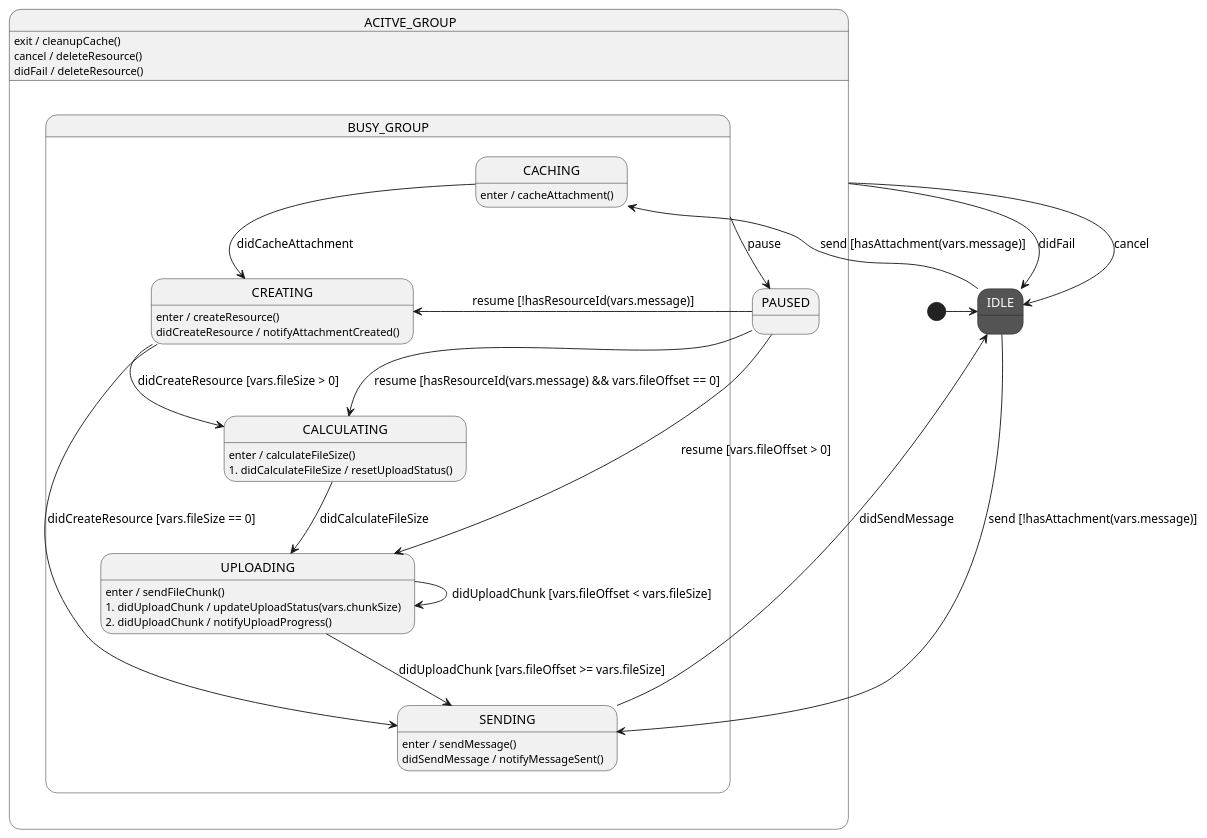
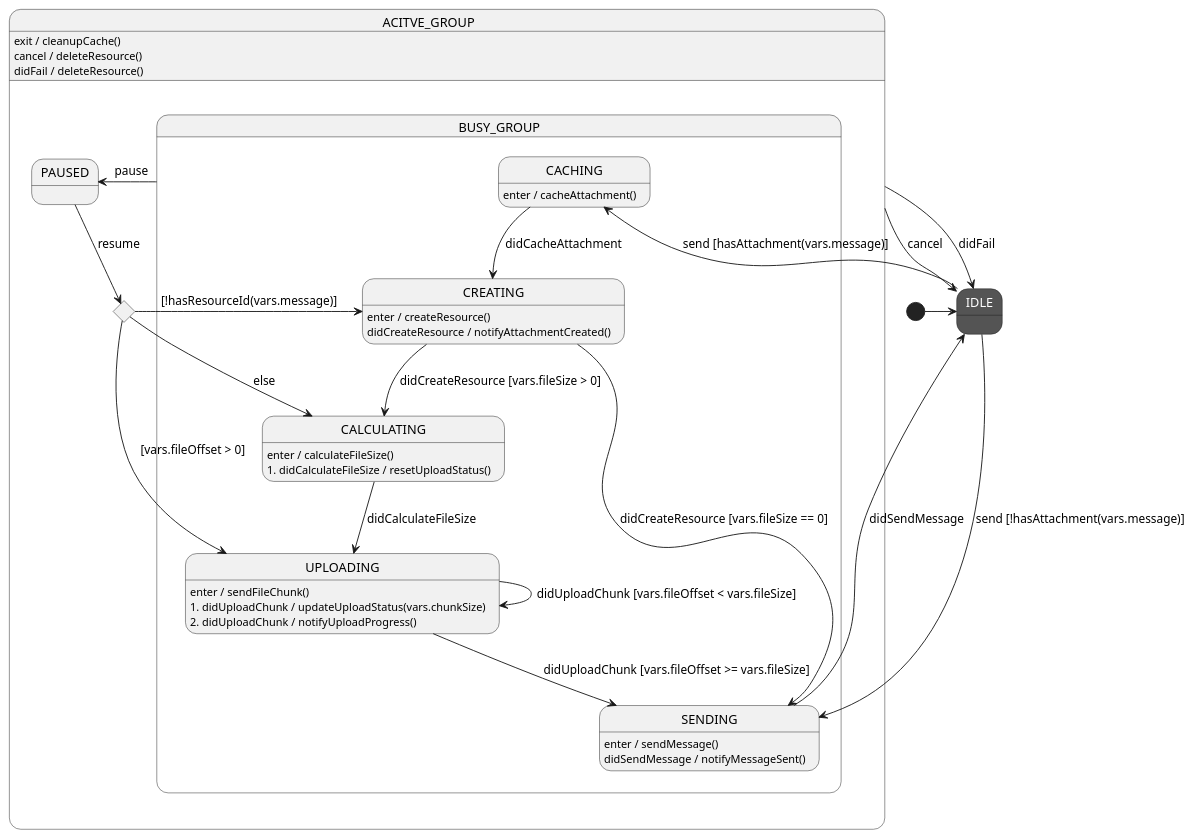
Before and after one commit to ALabrada/StateSmith: the diagram in src/test-misc/examples/FileUpload/FileUpload.plantuml, drawn with PlantUML. The commit also changed 2 other files, not shown here.

Commit message:
Create choice state.

```diff
--- a/src/test-misc/examples/FileUpload/FileUpload.plantuml
+++ b/src/test-misc/examples/FileUpload/FileUpload.plantuml
@@ -1,121 +1,123 @@
 @startuml FileUpload
 
 /'
   This diagram is just a sample to show what the syntax can look like.
   
   We don't yet generate fully working examples for every supported language.
   This starting template is language agnostic.
 '/
 
 ' ///////////////////////////// STYLES /////////////////////////////
 ' Define some colors for the states. Totally optional.
 skinparam state {
     ' red style:
     BackgroundColor<<red>> a20025
     FontColor<<red>> white
     ' dark style:
     BackgroundColor<<dark>> 545454
     FontColor<<dark>> white
 }
 
 ' //////////////////////// STATE ORGANIZATION ///////////////////////
 ' Note: StateSmith treats state names and events as case insensitive.
 ' More info: https://github.com/StateSmith/StateSmith/wiki/PlantUML
 
 state IDLE <<dark>>
 
 state ACITVE_GROUP {
     state PAUSED
+    state RESUMING <<choice>>
 
     state BUSY_GROUP {
         state CACHING
         state CREATING
         state CALCULATING
         state UPLOADING
         state SENDING
     }
 }
 
 ' ///////////////////////// STATE HANDLERS /////////////////////////
 ' Syntax https://github.com/StateSmith/StateSmith/wiki/Behaviors
 
 [*] -> IDLE
 
 'IDLE
 IDLE --> CACHING : send [hasAttachment(vars.message)]
 IDLE --> SENDING : send [!hasAttachment(vars.message)]
 
 'PAUSED
-PAUSED --> CREATING : resume [!hasResourceId(vars.message)]
-PAUSED --> CALCULATING : resume [hasResourceId(vars.message) && vars.fileOffset == 0]
-PAUSED --> UPLOADING : resume [vars.fileOffset > 0]
+PAUSED --> RESUMING : resume
+RESUMING --> CREATING : [!hasResourceId(vars.message)]
+RESUMING --> CALCULATING : else
+RESUMING --> UPLOADING : [vars.fileOffset > 0]
 
 'ACITVE_GROUP
 ACITVE_GROUP: exit / cleanupCache()
 ACITVE_GROUP: cancel / deleteResource()
 ACITVE_GROUP: didFail / deleteResource()
 ACITVE_GROUP --> IDLE : cancel
 ACITVE_GROUP --> IDLE : didFail
 
 'BUSY_GROUP
 BUSY_GROUP --> PAUSED : pause
 
 'CACHING
 CACHING: enter / cacheAttachment()
 CACHING --> CREATING : didCacheAttachment
 
 'CREATING
 CREATING: enter / createResource()
 CREATING: didCreateResource / notifyAttachmentCreated()
 CREATING --> CALCULATING : didCreateResource [vars.fileSize > 0]
 CREATING --> SENDING : didCreateResource [vars.fileSize == 0]
 
 'CALCULATING
 CALCULATING: enter / calculateFileSize()
 CALCULATING: 1. didCalculateFileSize / resetUploadStatus()
 CALCULATING --> UPLOADING : didCalculateFileSize
 
 'UPLOADING
 UPLOADING: enter / sendFileChunk()
 UPLOADING: 1. didUploadChunk / updateUploadStatus(vars.chunkSize)
 UPLOADING: 2. didUploadChunk / notifyUploadProgress()
 UPLOADING --> UPLOADING : didUploadChunk [vars.fileOffset < vars.fileSize]
 UPLOADING --> SENDING : didUploadChunk [vars.fileOffset >= vars.fileSize]
 
 'SENDING
 SENDING: enter / sendMessage()
 SENDING: didSendMessage / notifyMessageSent()
 SENDING --> IDLE : didSendMessage
 
 ' //////////////////////// StateSmith config ////////////////////////
 ' The below special comment block sets the StateSmith configuration.
 ' More info: https://github.com/StateSmith/StateSmith/issues/335
 ' Feel free to remove or modify it as needed.
 
 /'! $CONFIG : toml
 [RenderConfig]
 FileTop = """
     // Whatever you put in this `FileTop` section will end up 
     // being printed at the top of every generated code file.
     """
 AutoExpandedVars = """
     var message: ChatRoomMessage?
     var fileOffset = 0
     var fileSize = 0
     var chunkSize = 0
     """
 
 [RenderConfig.Swift]
 Imports = """
     // whatever you need to import here
     """
 # BaseList = "MyUserBaseClass, MyUserProtocol"
 ClassCode = """
     // Add custom code here to inject into the generated class.
     // Inheritance or composition might be a better choice.
     """
 
 [SmRunnerSettings]
 transpilerId = "Swift"
 '/
 @enduml
```
